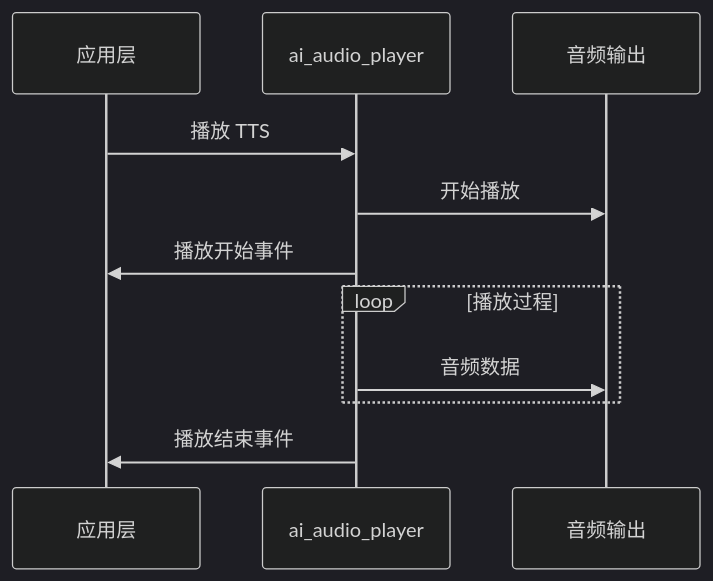
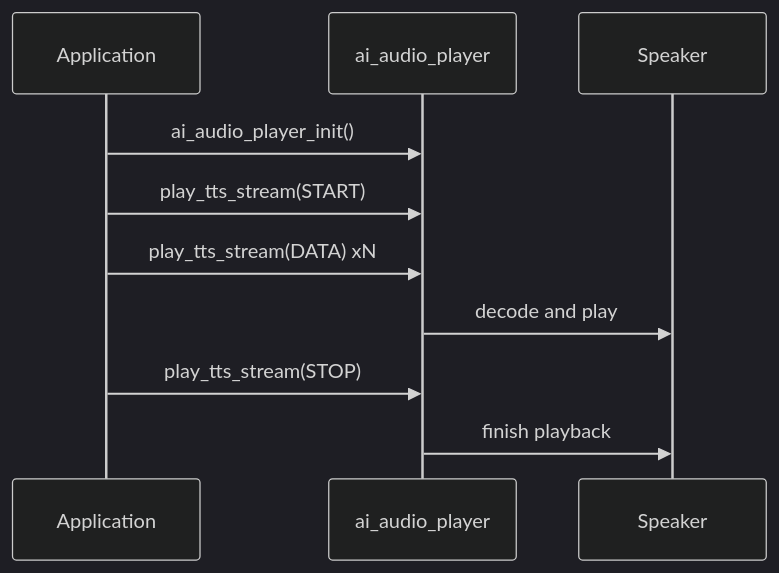
The diagram in i18n/zh/docusaurus-plugin-content-docs/current/cloud/device-ai/ai-components/ai-audio-player.md (Tuya-Community/TuyaOpen.io), drawn with Mermaid (dark theme) before and after one commit. The commit also changed other lines of this file and 365 other files, not shown here.

````diff
--- a/i18n/zh/docusaurus-plugin-content-docs/current/cloud/device-ai/ai-components/ai-audio-player.md
+++ b/i18n/zh/docusaurus-plugin-content-docs/current/cloud/device-ai/ai-components/ai-audio-player.md
@@ -78,16 +158,12 @@
 ```mermaid
 sequenceDiagram
-    participant App as 应用层
+    participant App as Application
     participant Player as ai_audio_player
-    participant Output as 音频输出
-
-    App->>Player: 播放 TTS
-    Player->>Output: 开始播放
-    Player->>App: 播放开始事件
-    
-    loop 播放过程
-        Player->>Output: 音频数据
-    end
-    
-    Player->>App: 播放结束事件
+    participant Spk as Speaker
+    App->>Player: ai_audio_player_init()
+    App->>Player: play_tts_stream(START)
+    App->>Player: play_tts_stream(DATA) xN
+    Player->>Spk: decode and play
+    App->>Player: play_tts_stream(STOP)
+    Player->>Spk: finish playback
 ```
````
